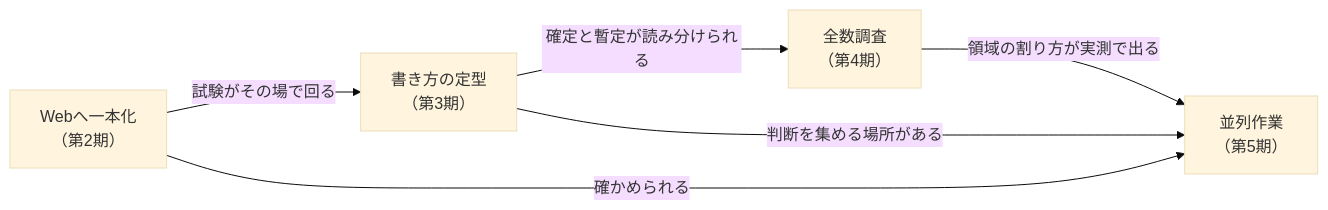
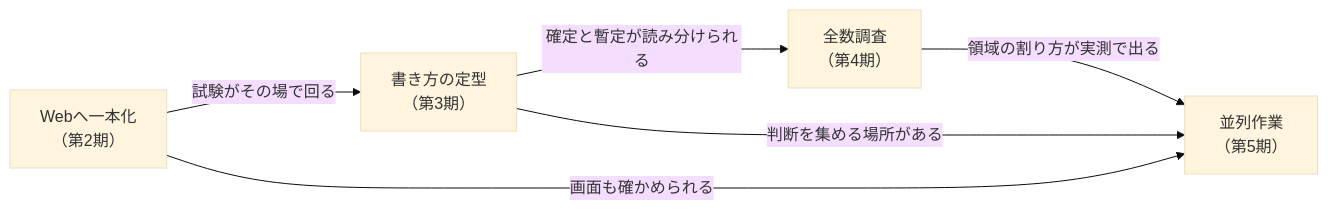
The second of 2 diagrams in docs/HowWeGotHere.md (gooyyu1/UnmappedIsland), drawn with Mermaid (base theme) before and after one commit. The commit also changed other lines of this file, not shown here.

````diff
--- a/docs/HowWeGotHere.md
+++ b/docs/HowWeGotHere.md
@@ -97,8 +116,8 @@
 ```mermaid
 flowchart LR
     A["Webへ一本化<br/>（第2期）"] -->|"試験がその場で回る"| B["書き方の定型<br/>（第3期）"]
     B -->|"確定と暫定が読み分けられる"| C["全数調査<br/>（第4期）"]
     C -->|"領域の割り方が実測で出る"| D["並列作業<br/>（第5期）"]
-    A -->|"確かめられる"| D
+    A -->|"画面も確かめられる"| D
     B -->|"判断を集める場所がある"| D
 ```
````
